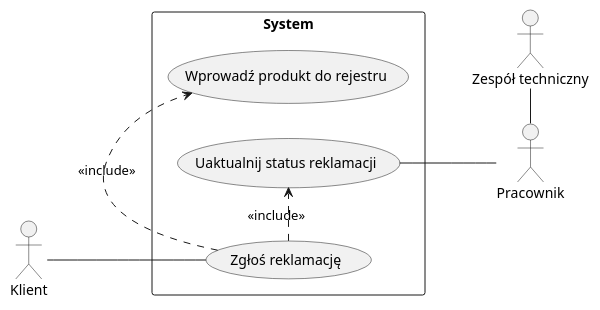
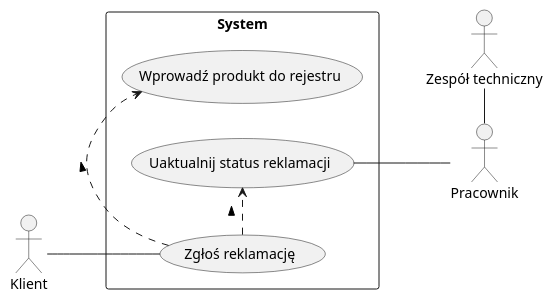
One commit to pixellos/Agh.5.Psi changed the seventh of 17 diagrams in src/Projekt systemu.md. Above: the diagram before and after it, drawn with PlantUML. The commit also changed other lines of this file and 5 other files, not shown here.

````diff
--- a/src/Projekt systemu.md
+++ b/src/Projekt systemu.md
@@ -1378,16 +1340,16 @@
 ```plantuml 2.1.2.3
 @startuml
 left to right direction
 actor Klient
 actor Pracownik
 actor :Zespół techniczny:
 rectangle "System" {
     (Klient) -- (Zgłoś reklamację)
-    (Zgłoś reklamację) .> (Wprowadź produkt do rejestru) : <<include>>
-    (Zgłoś reklamację) .> (Uaktualnij status reklamacji) : <<include>>
+    (Zgłoś reklamację) .> (Wprowadź produkt do rejestru) : >
+    (Zgłoś reklamację) .> (Uaktualnij status reklamacji) : >
     (Uaktualnij status reklamacji) -- (Pracownik)
     :Zespół techniczny: - (Pracownik)
 
 }
 @enduml
 ```
````
